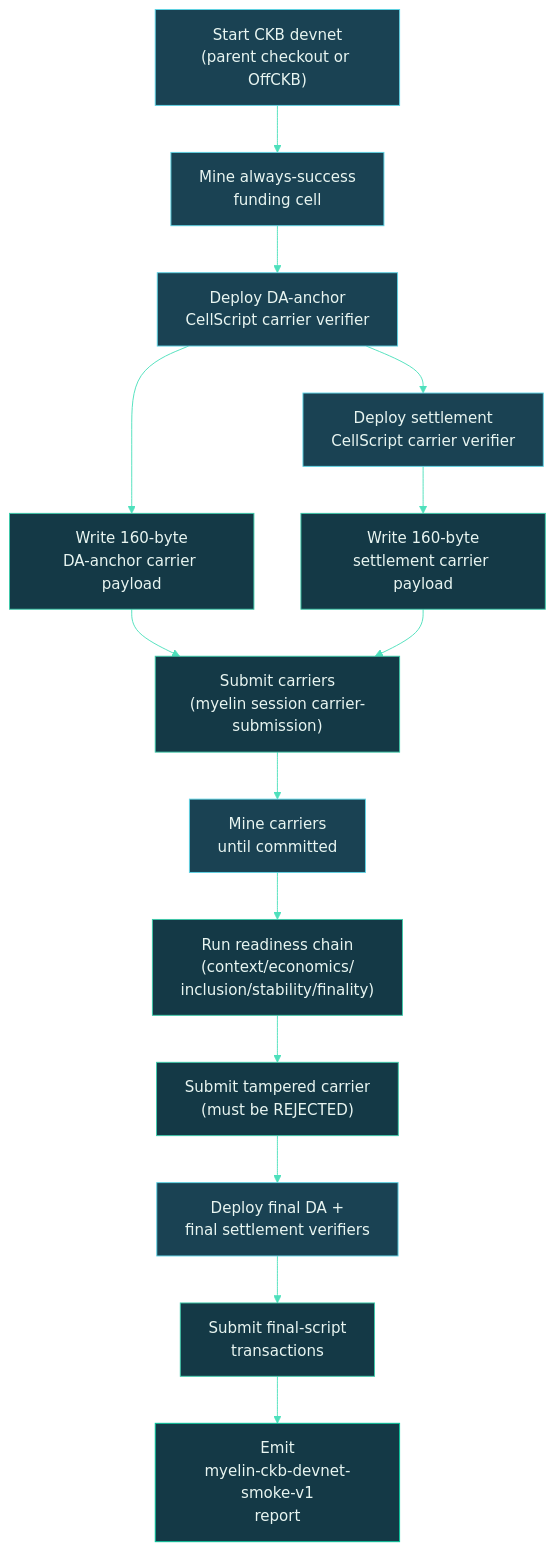
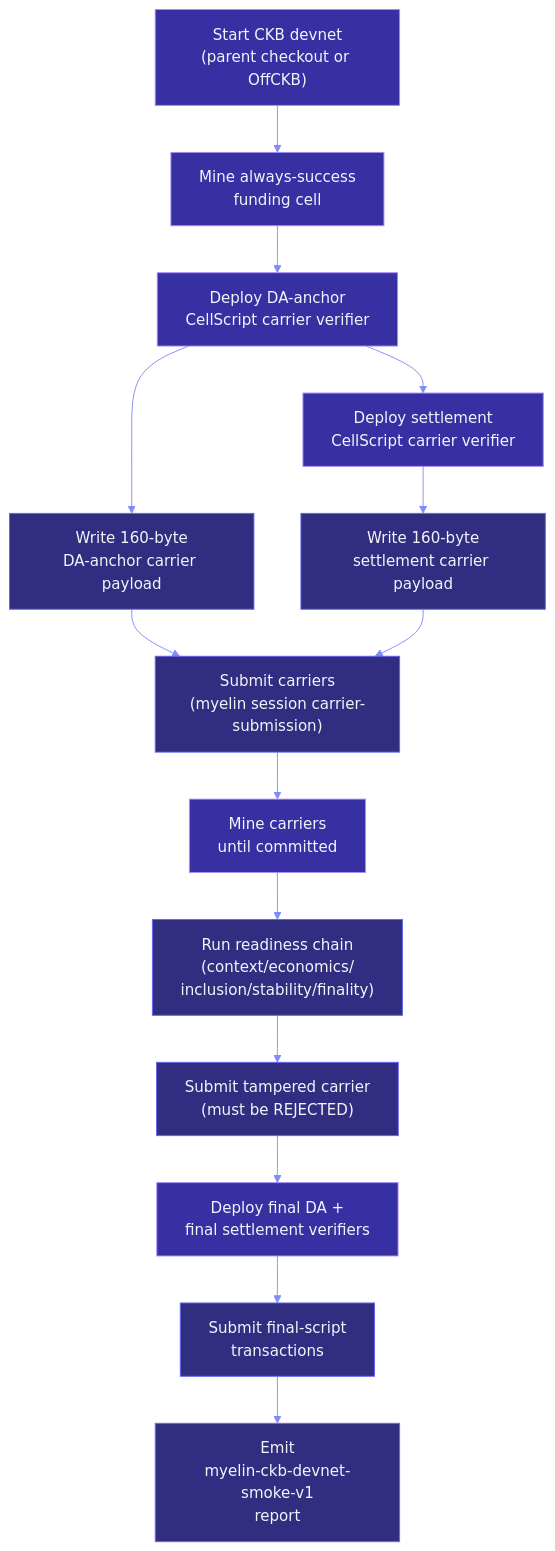
The first of 2 diagrams in docs/operations/devnet-smoke.md (Myelin-Labs/Myelin), drawn with Mermaid before and after one commit. The commit also changed other lines of this file and 31 other files, not shown here.

````diff
--- a/docs/operations/devnet-smoke.md
+++ b/docs/operations/devnet-smoke.md
@@ -24,40 +24,40 @@
 ```mermaid
 %%{init: {
   "theme": "base",
   "themeVariables": {
-    "primaryColor": "#0F2D3D",
-    "primaryTextColor": "#E8F5F1",
-    "primaryBorderColor": "#3CCBAA",
-    "lineColor": "#4EE0BC",
-    "secondaryColor": "#143946",
-    "tertiaryColor": "#1A4253"
+    "primaryColor": "#1E1B4B",
+    "primaryTextColor": "#F1F5F9",
+    "primaryBorderColor": "#6366F1",
+    "lineColor": "#818CF8",
+    "secondaryColor": "#312E81",
+    "tertiaryColor": "#3730A3"
   }
 }}%%
 flowchart TB
     A["Start CKB devnet<br/>(parent checkout or OffCKB)"]:::dev
     B["Mine always-success<br/>funding cell"]:::dev
     C["Deploy DA-anchor<br/>CellScript carrier verifier"]:::dev
     D["Deploy settlement<br/>CellScript carrier verifier"]:::dev
     E["Write 160-byte<br/>DA-anchor carrier payload"]:::sm
     F["Write 160-byte<br/>settlement carrier payload"]:::sm
     G["Submit carriers<br/>(myelin session carrier-submission)"]:::sm
     H["Mine carriers<br/>until committed"]:::dev
     I["Run readiness chain<br/>(context/economics/<br/>inclusion/stability/finality)"]:::sm
     J["Submit tampered carrier<br/>(must be REJECTED)"]:::sm
     K["Deploy final DA +<br/>final settlement verifiers"]:::dev
     L["Submit final-script<br/>transactions"]:::sm
     M["Emit<br/>myelin-ckb-devnet-smoke-v1<br/>report"]:::out
 
     A --> B --> C --> D
     C --> E
     D --> F
     E --> G
     F --> G
     G --> H --> I
     I --> J
     J --> K --> L --> M
 
-    classDef dev fill:#1A4253,stroke:#5DD4E5,color:#E8F5F1;
-    classDef sm  fill:#143946,stroke:#3CCBAA,color:#E8F5F1;
-    classDef out fill:#143946,stroke:#00CC9F,color:#E8F5F1;
+    classDef dev fill:#3730A3,stroke:#A78BFA,color:#F1F5F9;
+    classDef sm  fill:#312E81,stroke:#6366F1,color:#F1F5F9;
+    classDef out fill:#312E81,stroke:#8B5CF6,color:#F1F5F9;
 ```
````
